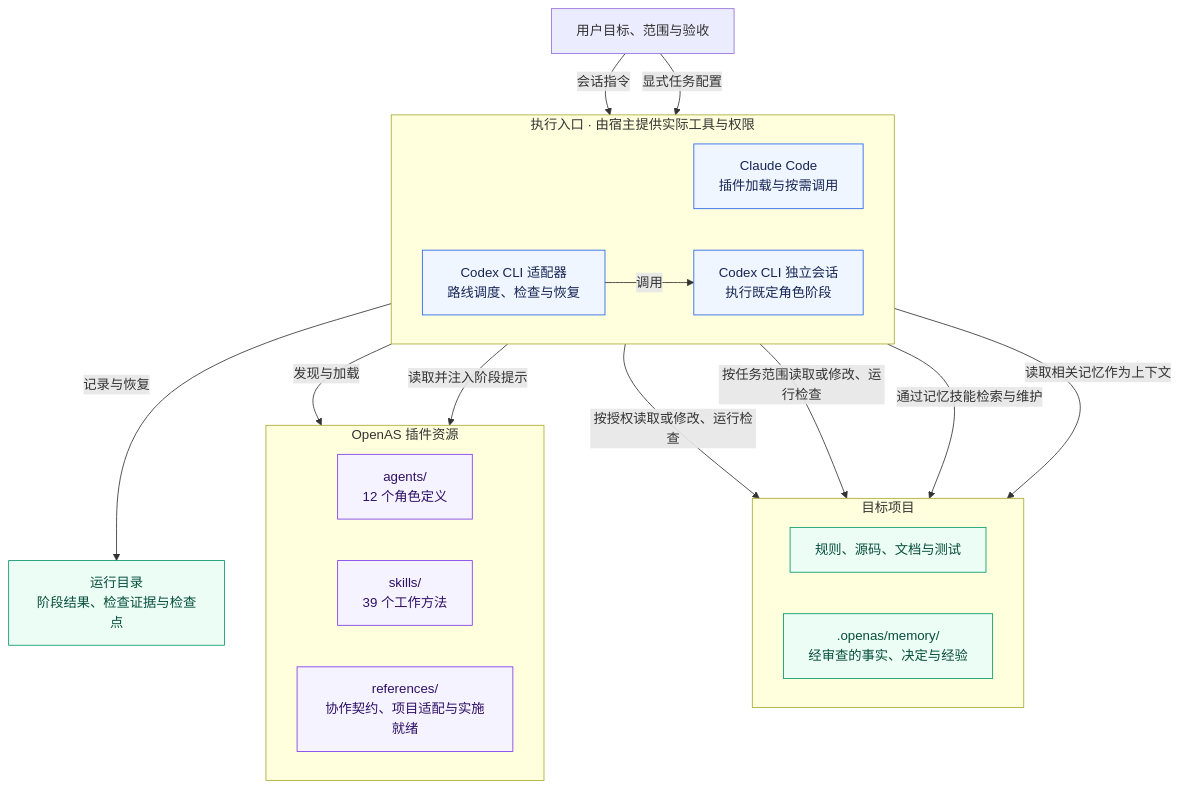
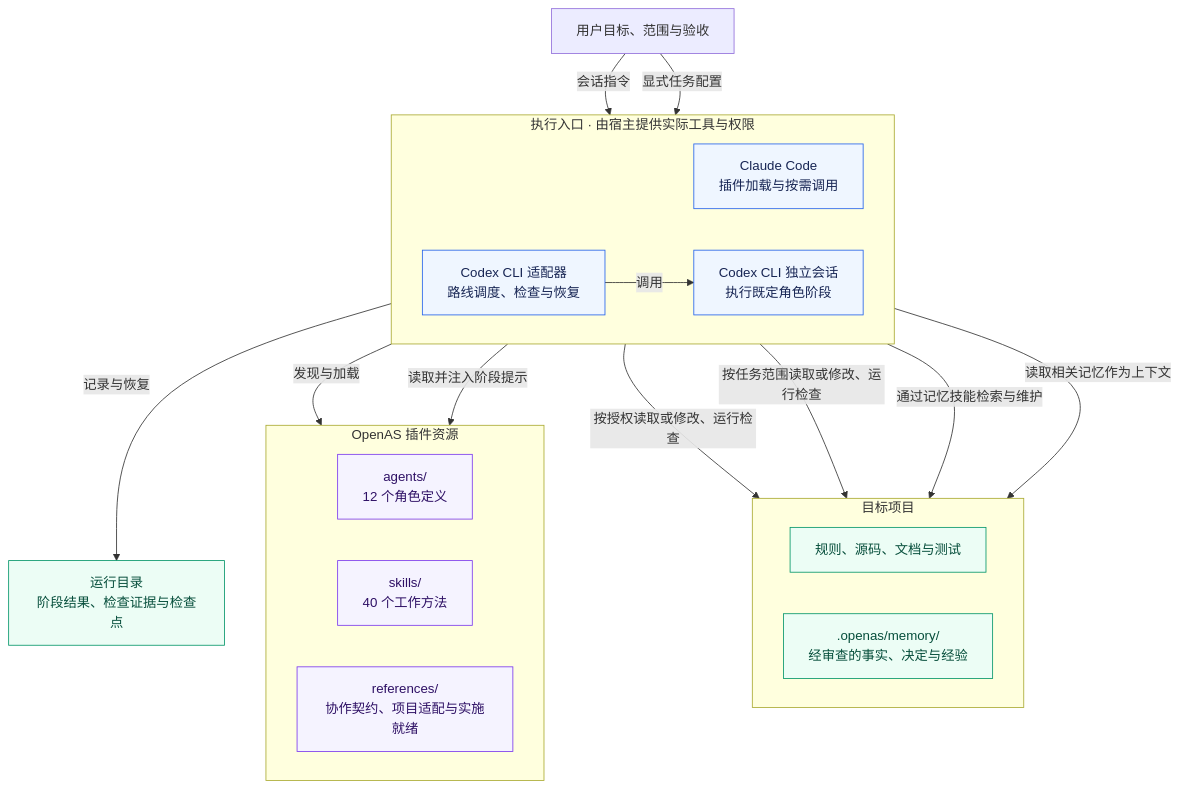
One commit to xiangguangxin/OpenAS changed the first of 2 diagrams in README.md. Above: the diagram before and after it, drawn with Mermaid. The commit also changed other lines of this file and 29 other files, not shown here.

````diff
--- a/README.md
+++ b/README.md
@@ -115,44 +117,44 @@
 ```mermaid
 flowchart TB
     user["用户目标、范围与验收"]
 
     subgraph entry["执行入口 · 由宿主提供实际工具与权限"]
         direction LR
         claude["Claude Code<br/>插件加载与按需调用"]
         adapter["Codex CLI 适配器<br/>路线调度、检查与恢复"]
         sessions["Codex CLI 独立会话<br/>执行既定角色阶段"]
         adapter -->|调用| sessions
     end
 
     subgraph bundle["OpenAS 插件资源"]
         direction LR
         agents["agents/<br/>12 个角色定义"]
-        skills["skills/<br/>39 个工作方法"]
+        skills["skills/<br/>40 个工作方法"]
         contracts["references/<br/>协作契约、项目适配与实施就绪"]
     end
 
     subgraph target["目标项目"]
         direction LR
         repo["规则、源码、文档与测试"]
         memory[".openas/memory/<br/>经审查的事实、决定与经验"]
     end
 
     evidence["运行目录<br/>阶段结果、检查证据与检查点"]
 
     user -->|会话指令| claude
     user -->|显式任务配置| adapter
     claude -->|发现与加载| bundle
     adapter -->|读取并注入阶段提示| bundle
     claude -->|按授权读取或修改、运行检查| repo
     sessions -->|按任务范围读取或修改、运行检查| repo
     claude -->|通过记忆技能检索与维护| memory
     adapter -->|读取相关记忆作为上下文| memory
     adapter -->|记录与恢复| evidence
 
     classDef entryStyle fill:#eff6ff,stroke:#2563eb,color:#172554
     classDef resourceStyle fill:#f5f3ff,stroke:#7c3aed,color:#2e1065
     classDef dataStyle fill:#ecfdf5,stroke:#059669,color:#064e3b
     class claude,adapter,sessions entryStyle
     class agents,skills,contracts resourceStyle
     class repo,memory,evidence dataStyle
 ```
````
